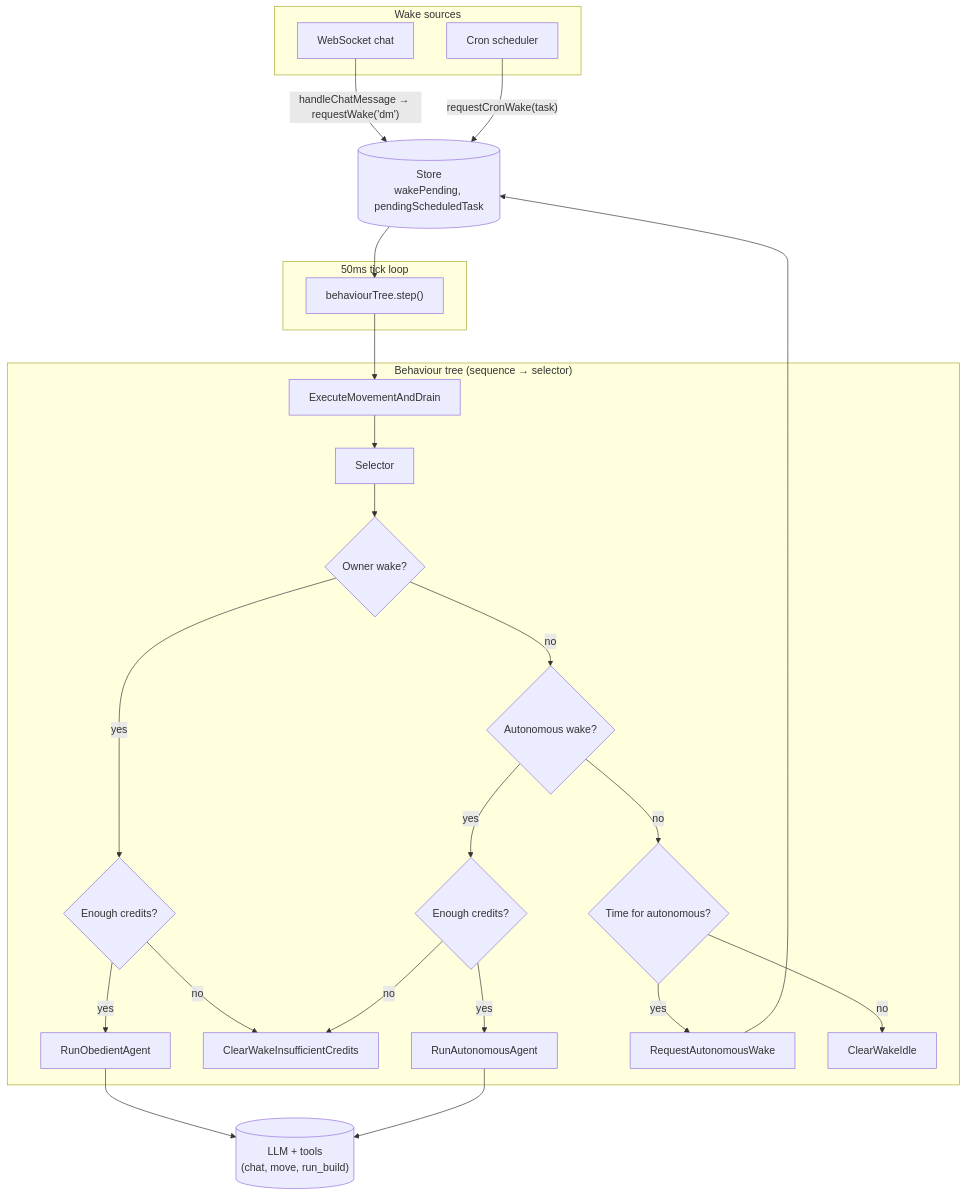
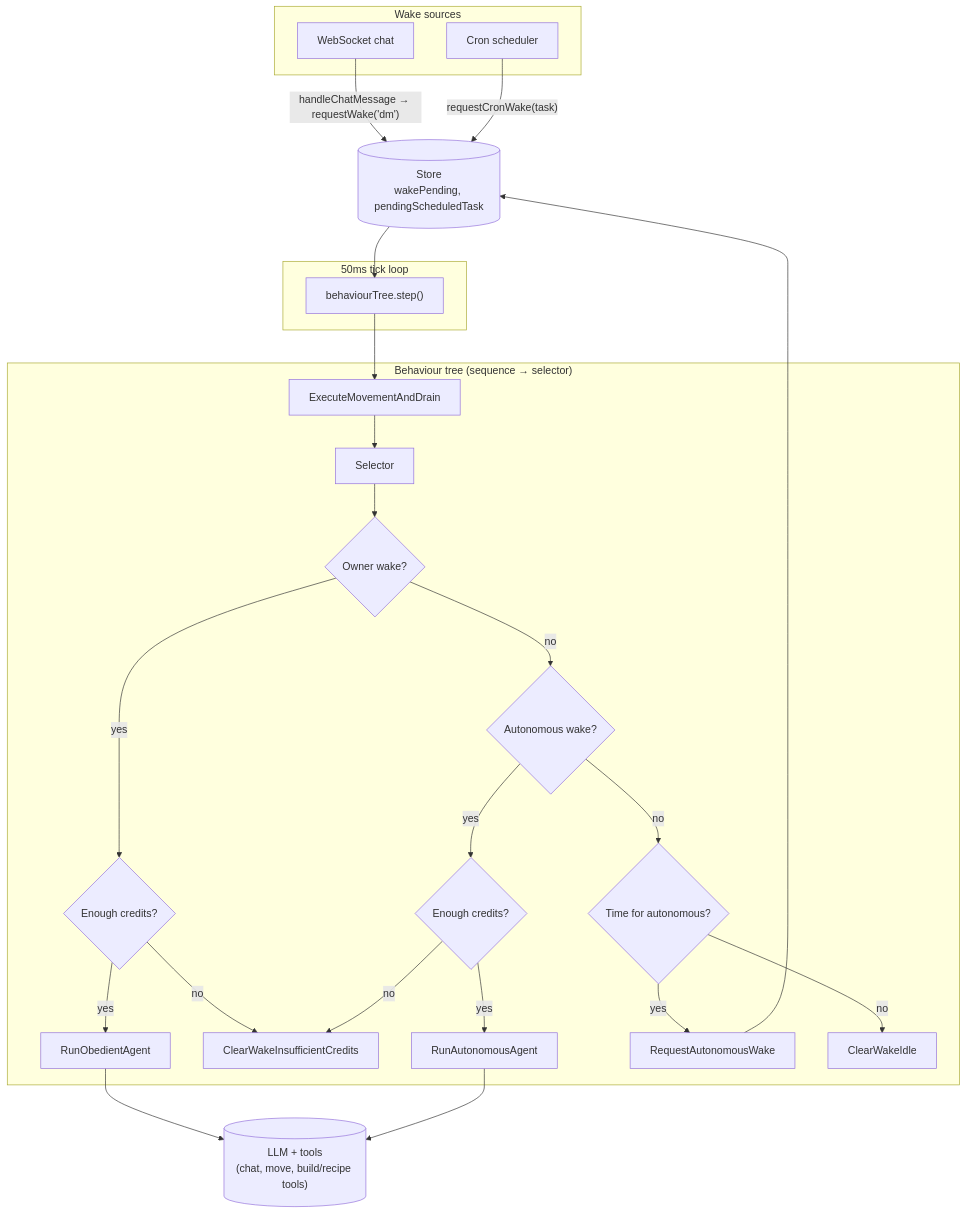
The diagram in packages/claw/README.md (doppelfun/sdk), drawn with Mermaid before and after one commit. The commit also changed other lines of this file and 120 other files, not shown here.

````diff
--- a/packages/claw/README.md
+++ b/packages/claw/README.md
@@ -9,37 +70,37 @@
 ```mermaid
 flowchart TB
   subgraph sources["Wake sources"]
     WS["WebSocket chat"]
     Cron["Cron scheduler"]
   end
 
   Store[("Store\nwakePending, pendingScheduledTask")]
 
   subgraph loop["50ms tick loop"]
     Step["behaviourTree.step()"]
   end
 
   subgraph tree["Behaviour tree (sequence → selector)"]
     Move["ExecuteMovementAndDrain"]
     Move --> Branch["Selector"]
     Branch --> O1{"Owner wake?"}
     O1 -->|yes| C1{"Enough credits?"}
     C1 -->|yes| Obedient["RunObedientAgent"]
     C1 -->|no| Clear["ClearWakeInsufficientCredits"]
     O1 -->|no| A1{"Autonomous wake?"}
     A1 -->|yes| C2{"Enough credits?"}
     C2 -->|yes| Autonomous["RunAutonomousAgent"]
     C2 -->|no| Clear
     A1 -->|no| T1{"Time for autonomous?"}
     T1 -->|yes| ReqAuto["RequestAutonomousWake"]
     T1 -->|no| Idle["ClearWakeIdle"]
   end
 
   WS -->|"handleChatMessage → requestWake('dm')"| Store
   Cron -->|"requestCronWake(task)"| Store
   ReqAuto --> Store
   Store --> Step
   Step --> Move
-  Obedient --> LLM[("LLM + tools\n(chat, move, run_build)")]
+  Obedient --> LLM[("LLM + tools\n(chat, move, build/recipe tools)")]
   Autonomous --> LLM
 ```
````
